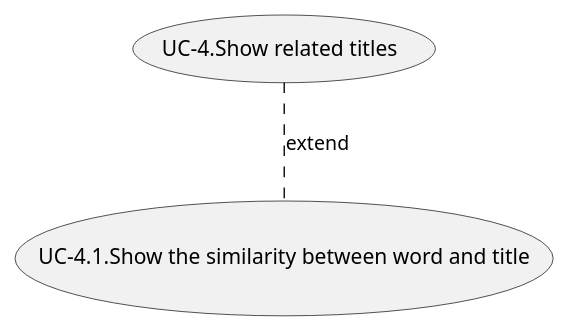
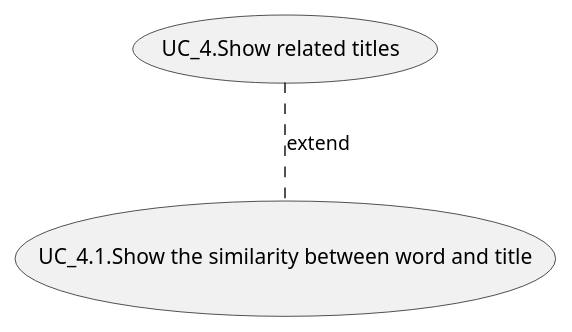
The diagram in web/doc/usecase_chart/UC_4.pu (azarashin/Word2VecSOM), drawn with PlantUML before and after one commit. The commit also changed 5 other files, not shown here.

```diff
--- a/web/doc/usecase_chart/UC_4.pu
+++ b/web/doc/usecase_chart/UC_4.pu
@@ -1,5 +1,5 @@
 @startuml
 
-(UC-4.Show related titles) .. (UC-4.1.Show the similarity between word and title) : extend
+(UC_4.Show related titles) .. (UC_4.1.Show the similarity between word and title) : extend
 
 @enduml
```
